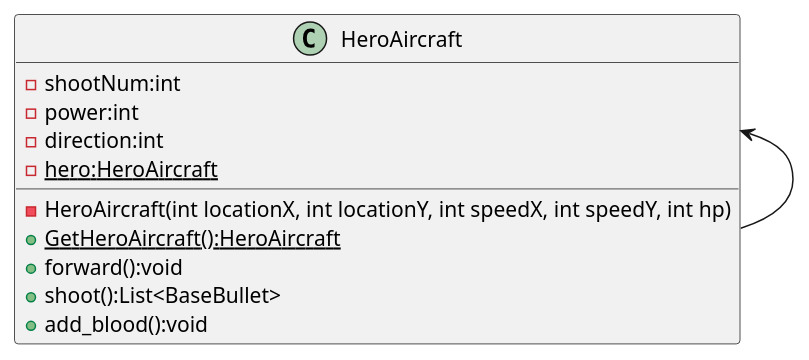
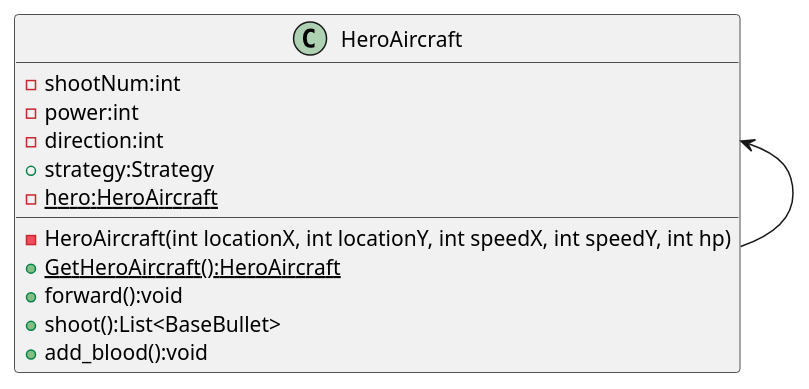
The diagram in uml/Singleton.puml (simple-luck/AircraftWar), drawn with PlantUML before and after one commit. The commit also changed 19 other files, not shown here.

```diff
--- a/uml/Singleton.puml
+++ b/uml/Singleton.puml
@@ -1,15 +1,16 @@
 @startuml
 'https://plantuml.com/sequence-diagram
 class HeroAircraft {
     - shootNum:int
     - power:int
     - direction:int
+    + strategy:Strategy
     - HeroAircraft(int locationX, int locationY, int speedX, int speedY, int hp)
     - {static}hero:HeroAircraft
     + {static}GetHeroAircraft():HeroAircraft
     + forward():void
     + shoot():List<BaseBullet>
     + add_blood():void
 }
 HeroAircraft <--HeroAircraft
 @enduml
```
